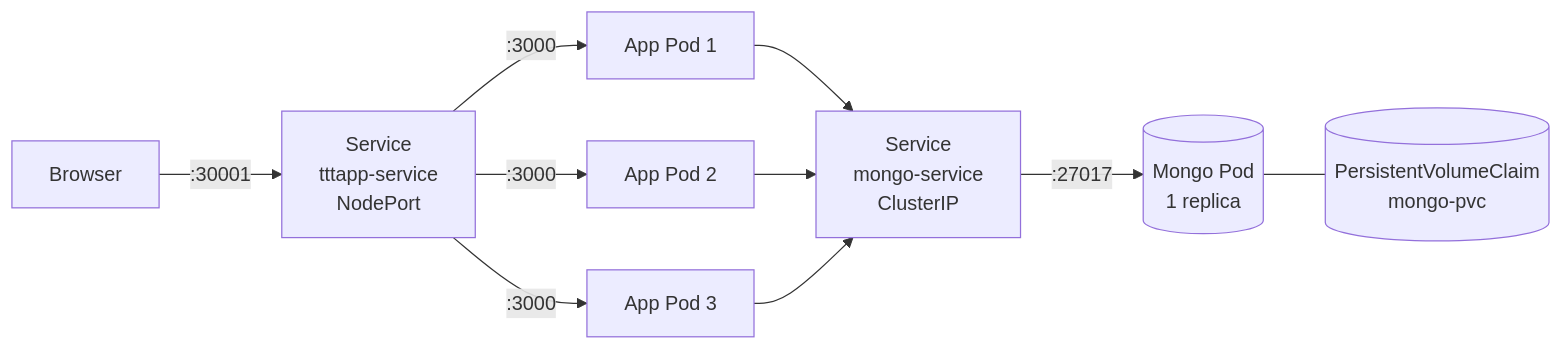
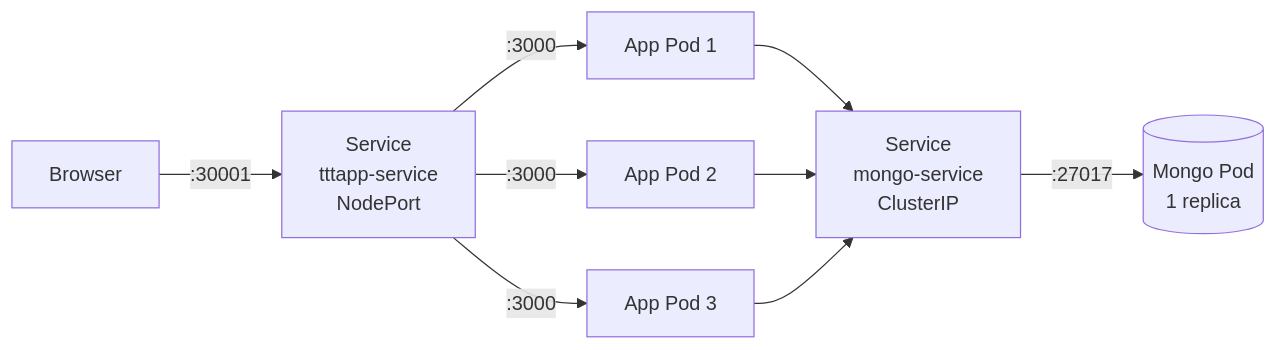
Before and after one commit to daria-dot/tech613-devops: the diagram in kubernetes/running-ttt-app-with-mongo.md, drawn with Mermaid. The commit also changed other lines of this file and 8 other files, not shown here.

````diff
--- a/kubernetes/running-ttt-app-with-mongo.md
+++ b/kubernetes/running-ttt-app-with-mongo.md
@@ -10,12 +10,11 @@
 ```mermaid
 flowchart LR
     B["Browser"] -- ":30001" --> S["Service<br/>tttapp-service<br/>NodePort"]
     S -- ":3000" --> P1["App Pod 1"]
     S -- ":3000" --> P2["App Pod 2"]
     S -- ":3000" --> P3["App Pod 3"]
     P1 --> M["Service<br/>mongo-service<br/>ClusterIP"]
     P2 --> M
     P3 --> M
     M -- ":27017" --> DB[("Mongo Pod<br/>1 replica")]
-    DB --- V[("PersistentVolumeClaim<br/>mongo-pvc")]
 ```
````
